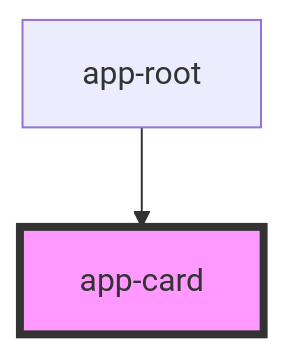
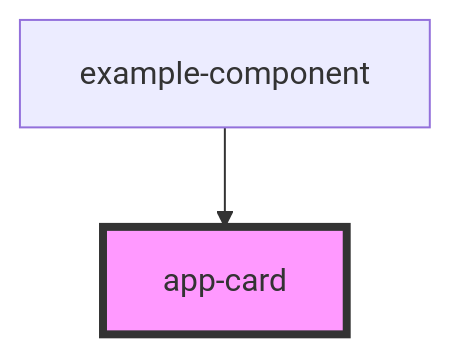
The diagram in src/components/app-card/readme.md (rick-schultz/rick-stencil-web-component), drawn with Mermaid before and after one commit. The commit also changed other lines of this file and 13 other files, not shown here.

````diff
--- a/src/components/app-card/readme.md
+++ b/src/components/app-card/readme.md
@@ -24,5 +24,5 @@
 ```mermaid
 graph TD;
-  app-root --> app-card
+  example-component --> app-card
   style app-card fill:#f9f,stroke:#333,stroke-width:4px
 ```
````
